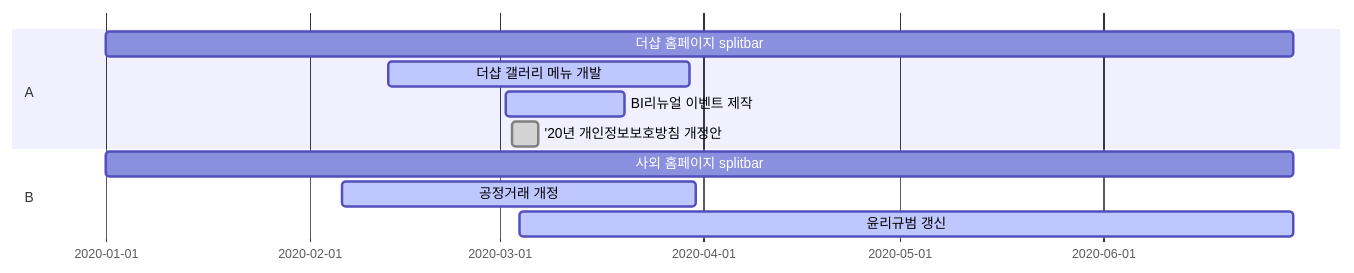
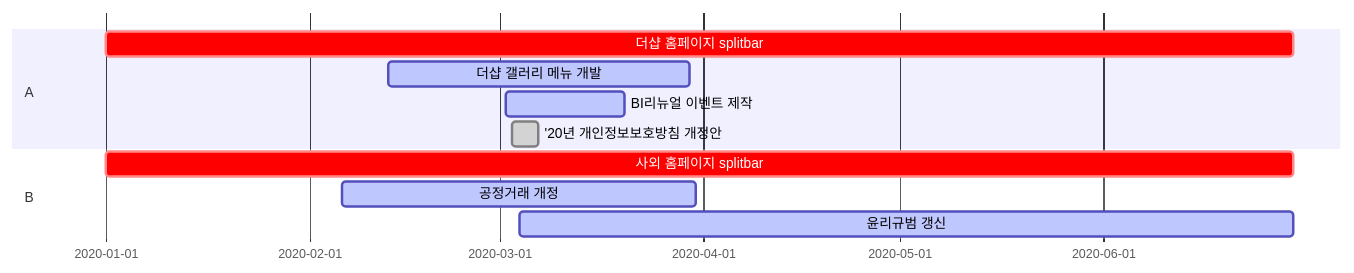
One commit to hotak90/gg2 changed the diagram in readme.md. Above: the diagram before and after it, drawn with Mermaid.

````diff
--- a/readme.md
+++ b/readme.md
@@ -1,15 +1,15 @@
 ```mermaid
 gantt
 dateFormat  YYYY-MM-DD
 
 section A
-더샵 홈페이지 splitbar: critical, 2020-01-01, 2020-06-30
+더샵 홈페이지 splitbar: crit, 2020-01-01, 2020-06-30
 더샵 갤러리 메뉴 개발: active, 2020-02-13, 2020-03-30
 BI리뉴얼 이벤트 제작: active, 2020-03-02, 2020-03-20
 '20년 개인정보보호방침 개정안: done, 2020-03-03, 2020-03-07
 
 section B
-사외 홈페이지 splitbar: critical, 2020-01-01, 2020-06-30
+사외 홈페이지 splitbar: crit, 2020-01-01, 2020-06-30
 공정거래 개정: active, 2020-02-06,2020-03-31
 윤리규범 갱신: active, 2020-03-04,2020-06-30
 ```
````
